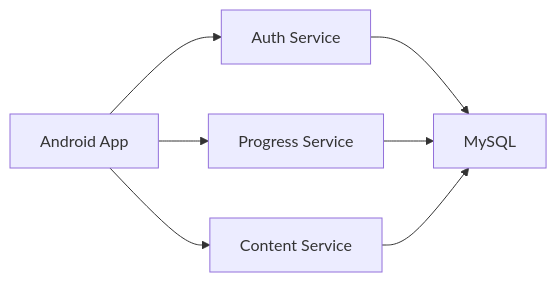
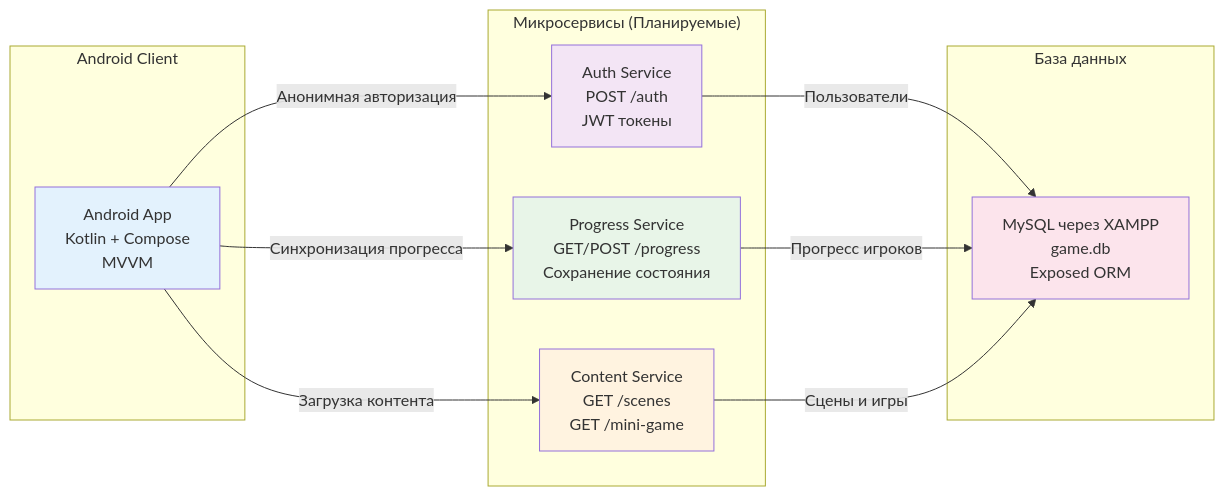
Before and after one commit to Angel-Energy/diplom-: the fourth of 31 diagrams in ALL_DIAGRAMS.md, drawn with Mermaid. The commit also changed other lines of this file, not shown here.

Commit message:
Enhance diagram text with detailed descriptions, subgraphs, and styling

````diff
--- a/ALL_DIAGRAMS.md
+++ b/ALL_DIAGRAMS.md
@@ -74,9 +89,25 @@
 ```mermaid
 graph LR
-    A[Android App] --> B[Auth Service]
-    A --> C[Progress Service]
-    A --> D[Content Service]
-    B --> E[MySQL]
-    C --> E
-    D --> E
+    subgraph "Android Client"
+        A[Android App<br/>Kotlin + Compose<br/>MVVM]
+    end
+    subgraph "Микросервисы (Планируемые)"
+        B[Auth Service<br/>POST /auth<br/>JWT токены]
+        C[Progress Service<br/>GET/POST /progress<br/>Сохранение состояния]
+        D[Content Service<br/>GET /scenes<br/>GET /mini-game]
+    end
+    subgraph "База данных"
+        E[MySQL через XAMPP<br/>game.db<br/>Exposed ORM]
+    end
+    A -->|Анонимная авторизация| B
+    A -->|Синхронизация прогресса| C
+    A -->|Загрузка контента| D
+    B -->|Пользователи| E
+    C -->|Прогресс игроков| E
+    D -->|Сцены и игры| E
+    style A fill:#e3f2fd
+    style B fill:#f3e5f5
+    style C fill:#e8f5e8
+    style D fill:#fff3e0
+    style E fill:#fce4ec
 ```
````
